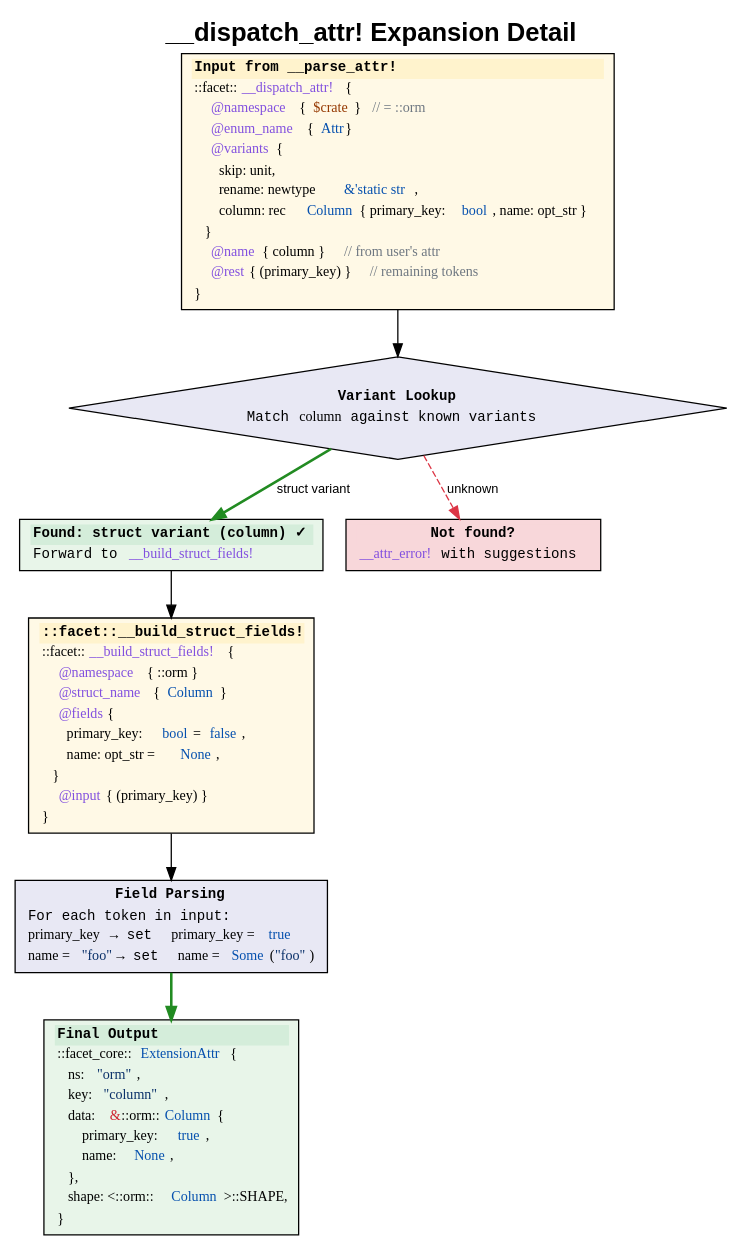
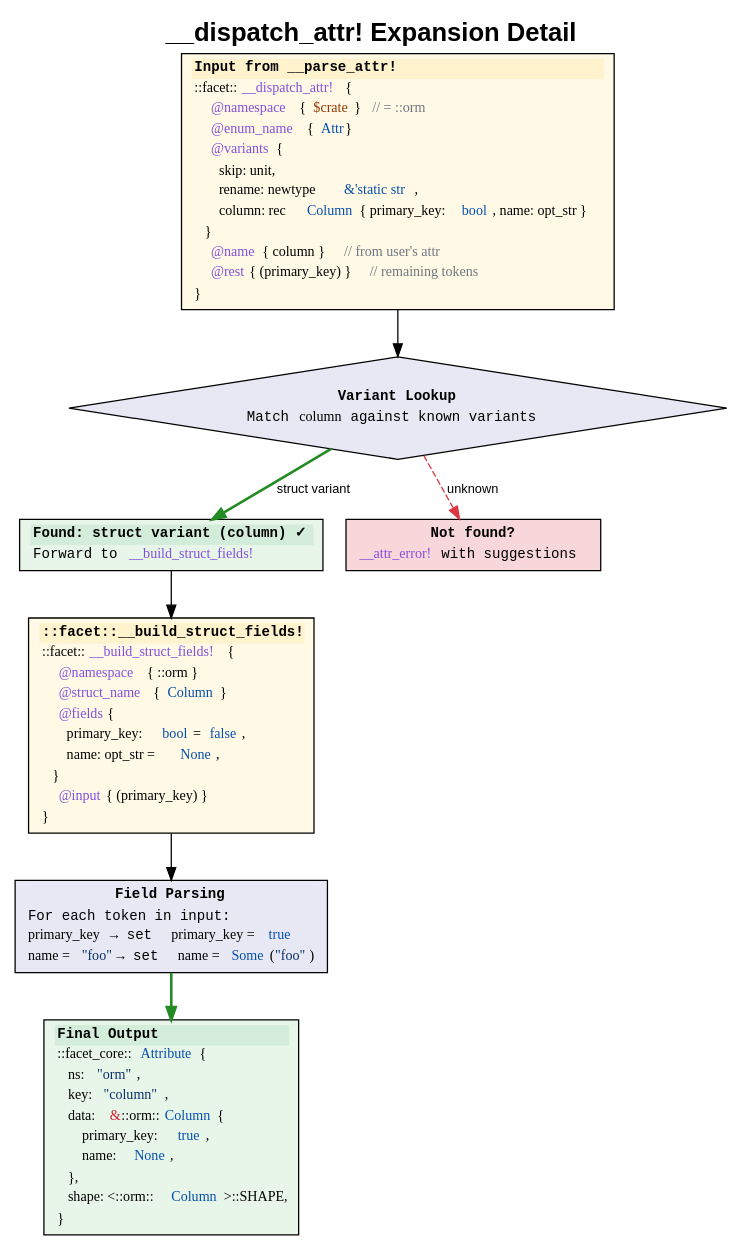
Before and after one commit to facet-rs/facet: the diagram in drafts/diagrams/02b-dispatch-detail.dot, drawn with Graphviz. The commit also changed 10 other files, not shown here.

```diff
--- a/drafts/diagrams/02b-dispatch-detail.dot
+++ b/drafts/diagrams/02b-dispatch-detail.dot
@@ -1,106 +1,106 @@
 // __dispatch_attr! Expansion Detail
 // Render: dot -Tsvg 02b-dispatch-detail.dot -o 02b-dispatch-detail.svg
 
 digraph dispatch_detail {
     label="__dispatch_attr! Expansion Detail";
     labelloc="t";
     fontsize=20;
     fontname="Helvetica-Bold";
 
     node [shape=box, fontname="Monaco, Consolas, Courier", fontsize=11];
     edge [fontname="Helvetica", fontsize=10];
 
     rankdir=TB;
 
     // Input
     input [label=<
 <table border="0" cellspacing="0" cellpadding="2">
 <tr><td align="left" bgcolor="#fff3cd"><b>Input from __parse_attr!</b></td></tr>
 <tr><td align="left"><font face="Monaco">::facet::<font color="#8250df">__dispatch_attr!</font> {</font></td></tr>
 <tr><td align="left"><font face="Monaco">    <font color="#8250df">@namespace</font> { <font color="#953800">$crate</font> }  <font color="#6e7781">// = ::orm</font></font></td></tr>
 <tr><td align="left"><font face="Monaco">    <font color="#8250df">@enum_name</font> { <font color="#0550ae">Attr</font> }</font></td></tr>
 <tr><td align="left"><font face="Monaco">    <font color="#8250df">@variants</font> {</font></td></tr>
 <tr><td align="left"><font face="Monaco">        skip: unit,</font></td></tr>
 <tr><td align="left"><font face="Monaco">        rename: newtype <font color="#0550ae">&amp;'static str</font>,</font></td></tr>
 <tr><td align="left"><font face="Monaco">        column: rec <font color="#0550ae">Column</font> { primary_key: <font color="#0550ae">bool</font>, name: opt_str }</font></td></tr>
 <tr><td align="left"><font face="Monaco">    }</font></td></tr>
 <tr><td align="left"><font face="Monaco">    <font color="#8250df">@name</font> { column }  <font color="#6e7781">// from user's attr</font></font></td></tr>
 <tr><td align="left"><font face="Monaco">    <font color="#8250df">@rest</font> { (primary_key) }  <font color="#6e7781">// remaining tokens</font></font></td></tr>
 <tr><td align="left"><font face="Monaco">}</font></td></tr>
 </table>
     >, style=filled, fillcolor="#fff9e6"];
 
     // Decision
     lookup [label=<
 <table border="0" cellspacing="0" cellpadding="2">
 <tr><td><b>Variant Lookup</b></td></tr>
 <tr><td>Match <font face="Monaco">column</font> against known variants</td></tr>
 </table>
     >, shape=diamond, style=filled, fillcolor="#e8e8f4"];
 
     // Branch: found struct
     found_struct [label=<
 <table border="0" cellspacing="0" cellpadding="2">
 <tr><td align="left" bgcolor="#d4edda"><b>Found: struct variant (column) ✓</b></td></tr>
 <tr><td align="left">Forward to <font face="Monaco" color="#8250df">__build_struct_fields!</font></td></tr>
 </table>
     >, style=filled, fillcolor="#e8f5e9"];
 
     // __build_struct_fields
     build_fields [label=<
 <table border="0" cellspacing="0" cellpadding="2">
 <tr><td align="left" bgcolor="#fff3cd"><b>::facet::__build_struct_fields!</b></td></tr>
 <tr><td align="left"><font face="Monaco">::facet::<font color="#8250df">__build_struct_fields!</font> {</font></td></tr>
 <tr><td align="left"><font face="Monaco">    <font color="#8250df">@namespace</font> { ::orm }</font></td></tr>
 <tr><td align="left"><font face="Monaco">    <font color="#8250df">@struct_name</font> { <font color="#0550ae">Column</font> }</font></td></tr>
 <tr><td align="left"><font face="Monaco">    <font color="#8250df">@fields</font> {</font></td></tr>
 <tr><td align="left"><font face="Monaco">        primary_key: <font color="#0550ae">bool</font> = <font color="#0550ae">false</font>,</font></td></tr>
 <tr><td align="left"><font face="Monaco">        name: opt_str = <font color="#0550ae">None</font>,</font></td></tr>
 <tr><td align="left"><font face="Monaco">    }</font></td></tr>
 <tr><td align="left"><font face="Monaco">    <font color="#8250df">@input</font> { (primary_key) }</font></td></tr>
 <tr><td align="left"><font face="Monaco">}</font></td></tr>
 </table>
     >, style=filled, fillcolor="#fff9e6"];
 
     // Field parsing
     field_parse [label=<
 <table border="0" cellspacing="0" cellpadding="2">
 <tr><td bgcolor="#e8e8f4"><b>Field Parsing</b></td></tr>
 <tr><td align="left">For each token in input:</td></tr>
 <tr><td align="left"><font face="Monaco">primary_key</font> → set <font face="Monaco">primary_key = <font color="#0550ae">true</font></font></td></tr>
 <tr><td align="left"><font face="Monaco">name = <font color="#0a3069">"foo"</font></font> → set <font face="Monaco">name = <font color="#0550ae">Some</font>(<font color="#0a3069">"foo"</font>)</font></td></tr>
 </table>
     >, style=filled, fillcolor="#e8e8f4"];
 
     // Final output
     output [label=<
 <table border="0" cellspacing="0" cellpadding="2">
 <tr><td align="left" bgcolor="#d4edda"><b>Final Output</b></td></tr>
-<tr><td align="left"><font face="Monaco">::facet_core::<font color="#0550ae">ExtensionAttr</font> {</font></td></tr>
+<tr><td align="left"><font face="Monaco">::facet_core::<font color="#0550ae">Attribute</font> {</font></td></tr>
 <tr><td align="left"><font face="Monaco">    ns: <font color="#0a3069">"orm"</font>,</font></td></tr>
 <tr><td align="left"><font face="Monaco">    key: <font color="#0a3069">"column"</font>,</font></td></tr>
 <tr><td align="left"><font face="Monaco">    data: <font color="#cf222e">&amp;</font>::orm::<font color="#0550ae">Column</font> {</font></td></tr>
 <tr><td align="left"><font face="Monaco">        primary_key: <font color="#0550ae">true</font>,</font></td></tr>
 <tr><td align="left"><font face="Monaco">        name: <font color="#0550ae">None</font>,</font></td></tr>
 <tr><td align="left"><font face="Monaco">    },</font></td></tr>
 <tr><td align="left"><font face="Monaco">    shape: &lt;::orm::<font color="#0550ae">Column</font>&gt;::SHAPE,</font></td></tr>
 <tr><td align="left"><font face="Monaco">}</font></td></tr>
 </table>
     >, style=filled, fillcolor="#e8f5e9"];
 
     // Not found branch
     not_found [label=<
 <table border="0" cellspacing="0" cellpadding="2">
 <tr><td bgcolor="#f8d7da"><b>Not found?</b></td></tr>
 <tr><td><font face="Monaco" color="#8250df">__attr_error!</font> with suggestions</td></tr>
 </table>
     >, style=filled, fillcolor="#f8d7da"];
 
     // Edges
     input -> lookup;
     lookup -> found_struct [label="struct variant", color="#228b22", penwidth=2];
     lookup -> not_found [label="unknown", style=dashed, color="#dc3545"];
     found_struct -> build_fields;
     build_fields -> field_parse;
     field_parse -> output [color="#228b22", penwidth=2];
 }
```
